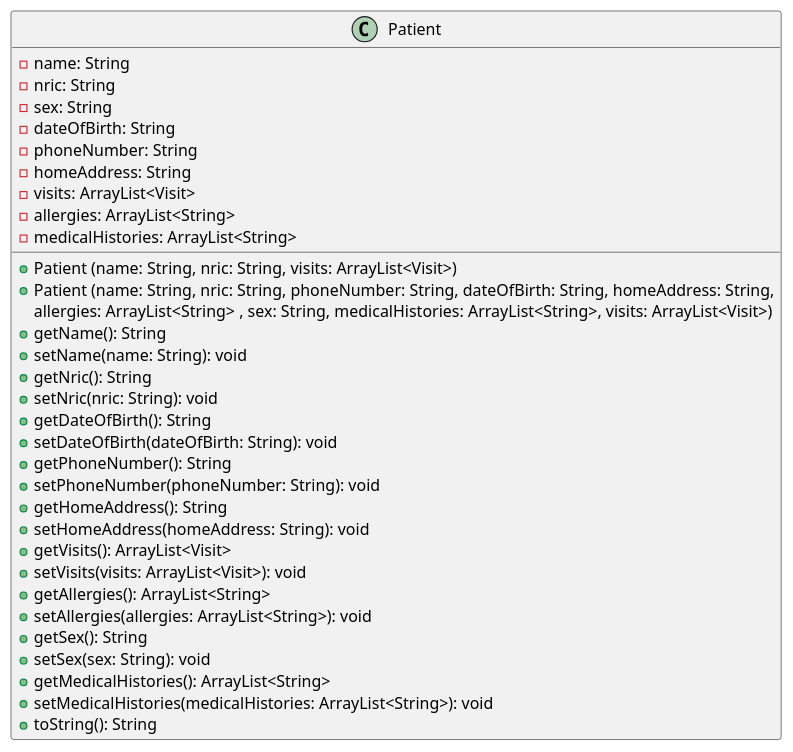
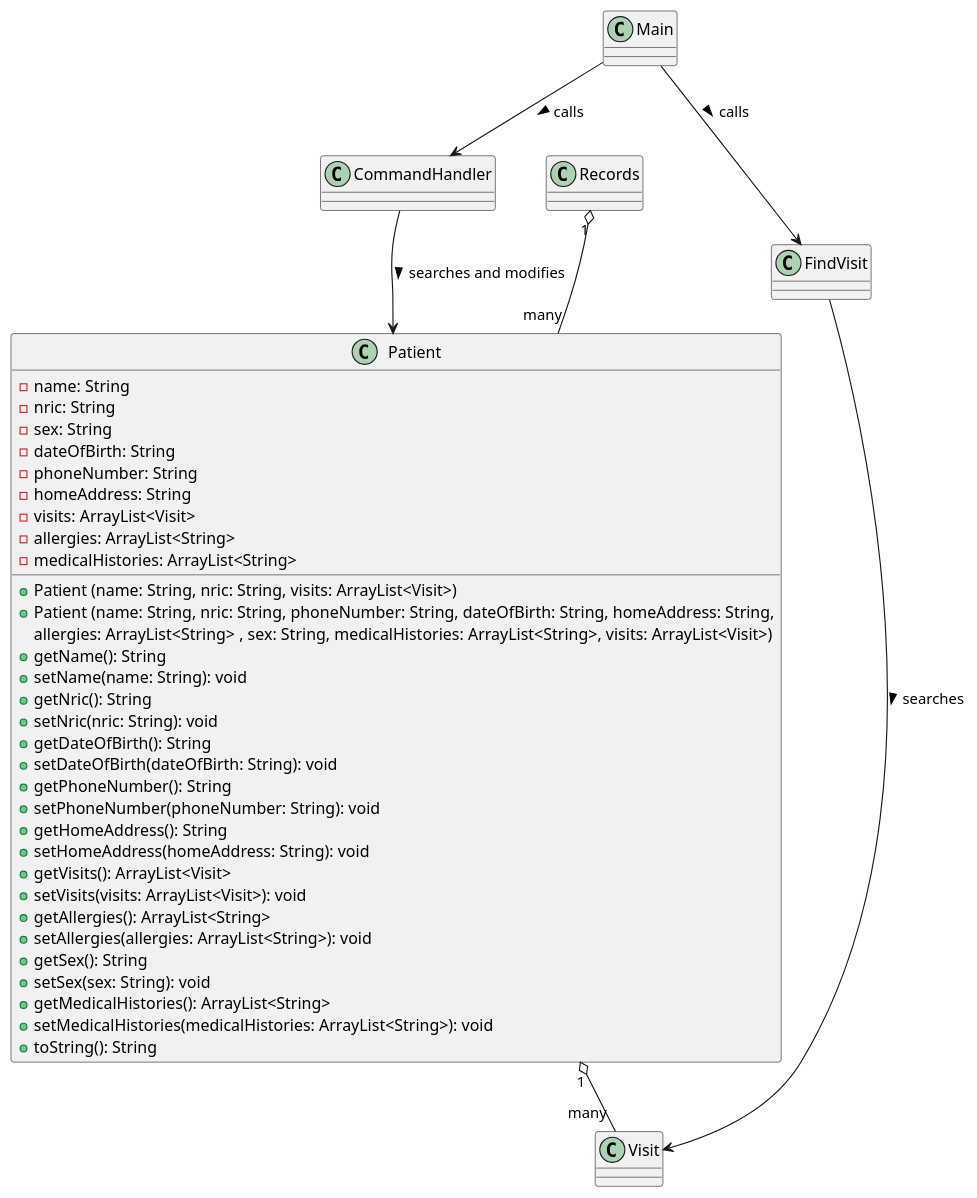
Before and after one commit to yentheng0110/tp: the diagram in docs/Patient.puml, drawn with PlantUML. The commit also changed 7 other files, not shown here.

Commit message:
Class diagram association arrows

```diff
--- a/docs/Patient.puml
+++ b/docs/Patient.puml
@@ -1,38 +1,51 @@
 @startuml
 'https://plantuml.com/class-diagram
 
 class Patient {
 -name: String
 -nric: String
 -sex: String
 -dateOfBirth: String
 -phoneNumber: String
 -homeAddress: String
 -visits: ArrayList<Visit>
 -allergies: ArrayList<String>
 -medicalHistories: ArrayList<String>
 +Patient (name: String, nric: String, visits: ArrayList<Visit>)
 +Patient (name: String, nric: String, phoneNumber: String, dateOfBirth: String, homeAddress: String,
 allergies: ArrayList<String> , sex: String, medicalHistories: ArrayList<String>, visits: ArrayList<Visit>)
 +getName(): String
 +setName(name: String): void
 +getNric(): String
 +setNric(nric: String): void
 +getDateOfBirth(): String
 +setDateOfBirth(dateOfBirth: String): void
 +getPhoneNumber(): String
 +setPhoneNumber(phoneNumber: String): void
 +getHomeAddress(): String
 +setHomeAddress(homeAddress: String): void
 +getVisits(): ArrayList<Visit>
 +setVisits(visits: ArrayList<Visit>): void
 +getAllergies(): ArrayList<String>
 +setAllergies(allergies: ArrayList<String>): void
 +getSex(): String
 +setSex(sex: String): void
 +getMedicalHistories(): ArrayList<String>
 +setMedicalHistories(medicalHistories: ArrayList<String>): void
 +toString(): String
 }
 
+class Patient {}
+class Visit {}
+class Main {}
+class Records {}
+class CommandHandler {}
+
+Main --> CommandHandler : calls >
+Main --> FindVisit : calls >
+CommandHandler --> Patient : searches and modifies >
+FindVisit --> Visit : searches >
+Records "1" o-- "many" Patient
+Patient "1" o-- "many" Visit
+
 @enduml
```
